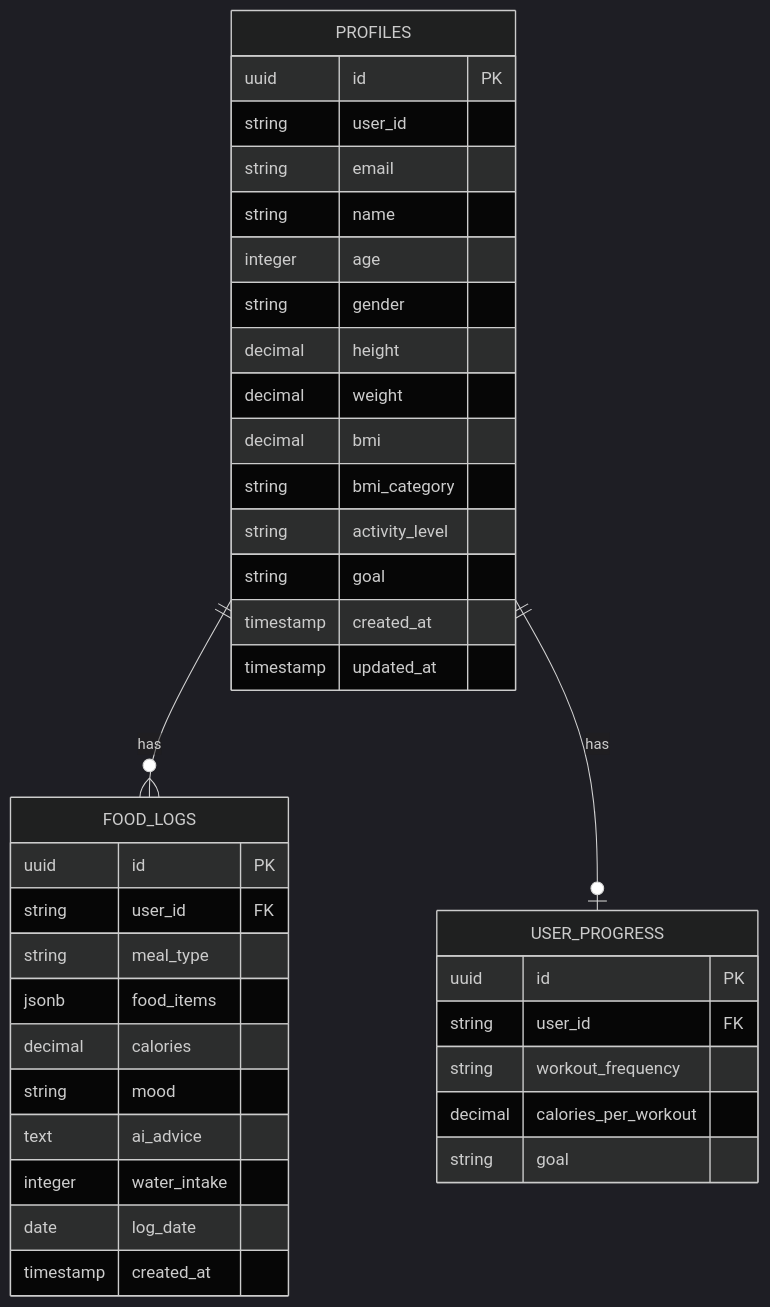
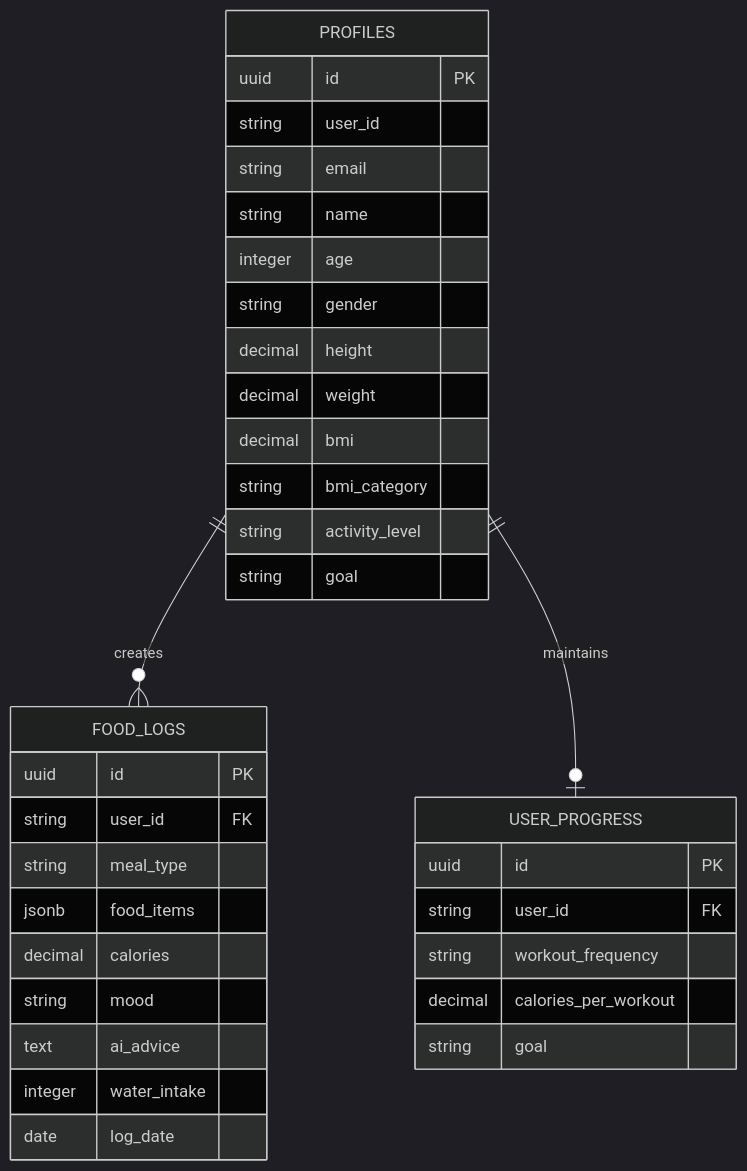
One commit to Shafaet1074/AI-Meal-Planner changed the second of 5 diagrams in README.md. Above: the diagram before and after it, drawn with Mermaid (dark theme). The commit also changed other lines of this file, not shown here.

````diff
--- a/README.md
+++ b/README.md
@@ -317,44 +118,40 @@
 ```mermaid
 erDiagram
+    PROFILES ||--o{ FOOD_LOGS : creates
+    PROFILES ||--o| USER_PROGRESS : maintains
 
     PROFILES {
         uuid id PK
         string user_id
         string email
         string name
         integer age
         string gender
         decimal height
         decimal weight
         decimal bmi
         string bmi_category
         string activity_level
         string goal
-        timestamp created_at
-        timestamp updated_at
     }
 
     FOOD_LOGS {
         uuid id PK
         string user_id FK
         string meal_type
         jsonb food_items
         decimal calories
         string mood
         text ai_advice
         integer water_intake
         date log_date
-        timestamp created_at
     }
 
     USER_PROGRESS {
         uuid id PK
         string user_id FK
         string workout_frequency
         decimal calories_per_workout
         string goal
     }
-
-    PROFILES ||--o{ FOOD_LOGS : "has"
-    PROFILES ||--o| USER_PROGRESS : "has"
 ```
````
